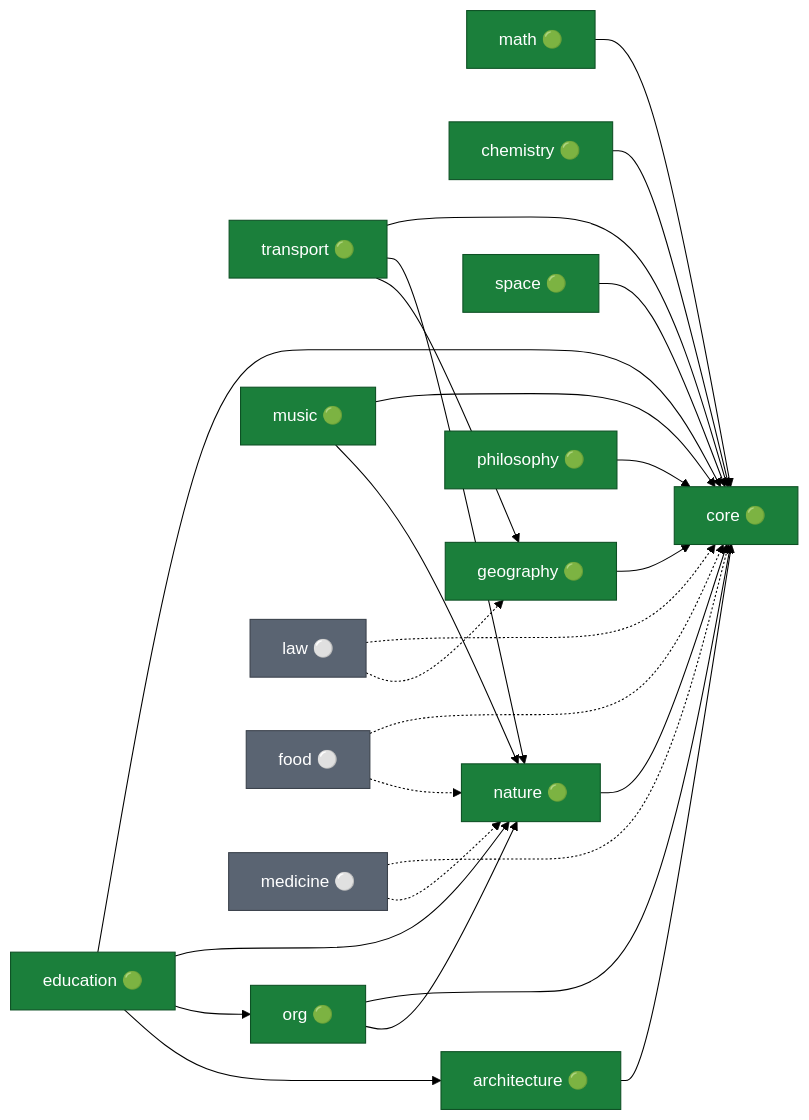
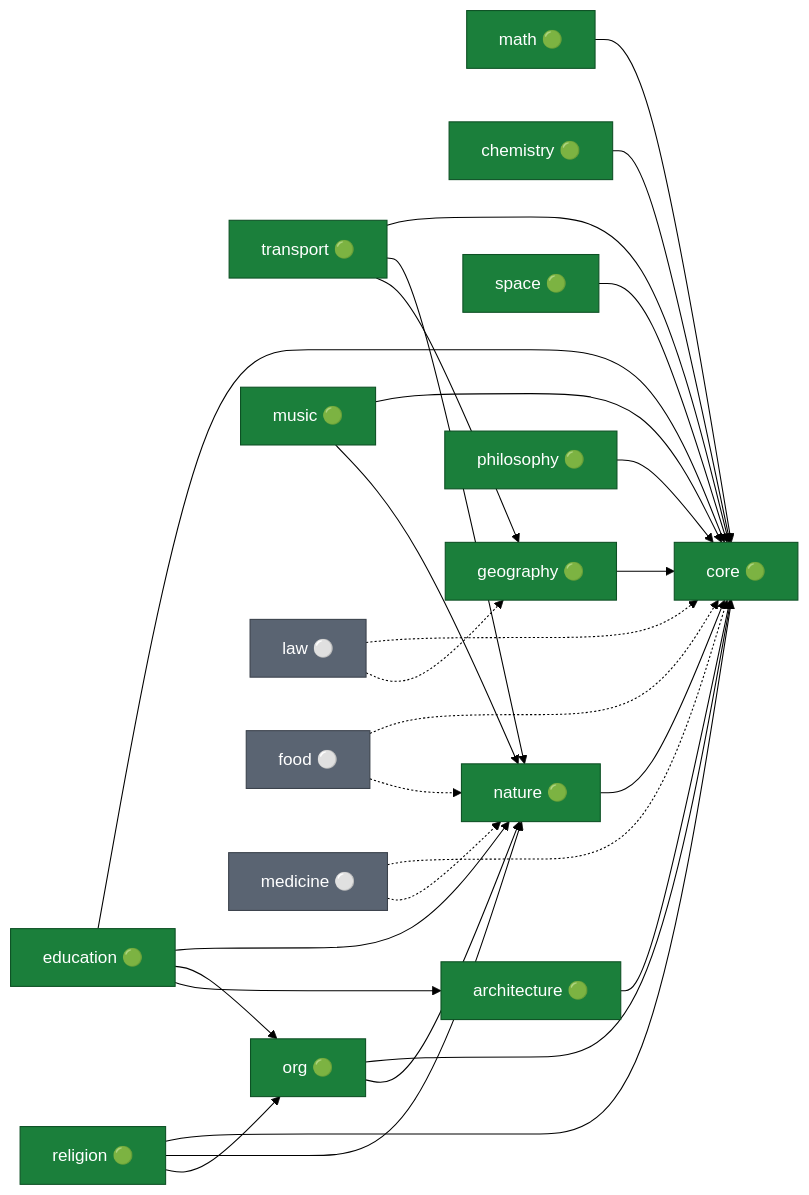
One commit to WMOOP/wmoop.doc changed the second of 2 diagrams in docs/06-domain-taxonomy.md. Above: the diagram before and after it, drawn with Mermaid (forest theme). The commit also changed other lines of this file and 6 other files, not shown here.

First line of the commit message:
feat(religion): seed wmoop.religion, the guide's worked example

````diff
--- a/docs/06-domain-taxonomy.md
+++ b/docs/06-domain-taxonomy.md
@@ -239,50 +244,54 @@
 ```mermaid
 flowchart LR
   core["core 🟢"]:::seed
   math["math 🟢"]:::seed
   chemistry["chemistry 🟢"]:::seed
   nature["nature 🟢"]:::seed
   space["space 🟢"]:::seed
   geography["geography 🟢"]:::seed
   transport["transport 🟢"]:::seed
   architecture["architecture 🟢"]:::seed
   org["org 🟢"]:::seed
   education["education 🟢"]:::seed
   music["music 🟢"]:::seed
   philosophy["philosophy 🟢"]:::seed
+  religion["religion 🟢"]:::seed
   law["law ⚪"]:::cand
   food["food ⚪"]:::cand
   medicine["medicine ⚪"]:::cand
 
   %% seeded edges (from the modules' depends_on headers)
   math --> core
   chemistry --> core
   nature --> core
   space --> core
   geography --> core
   transport --> core
   transport --> nature
   transport --> geography
   architecture --> core
   org --> core
   org --> nature
   education --> core
   education --> nature
   education --> org
   education --> architecture
   music --> core
   music --> nature
   philosophy --> core
+  religion --> core
+  religion --> nature
+  religion --> org
 
   %% planned / candidate edges
   law -.-> core
   law -.-> geography
   food -.-> core
   food -.-> nature
   medicine -.-> core
   medicine -.-> nature
 
   classDef seed fill:#1b7f3b,stroke:#0d5024,color:#fff;
   classDef plan fill:#b8860b,stroke:#7a5a07,color:#fff;
   classDef cand fill:#5a6472,stroke:#3a414b,color:#fff;
 ```
````
